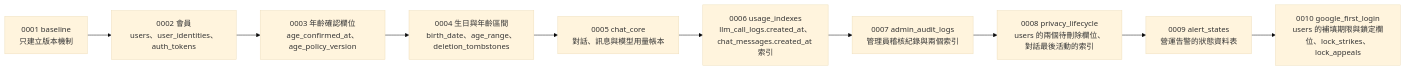
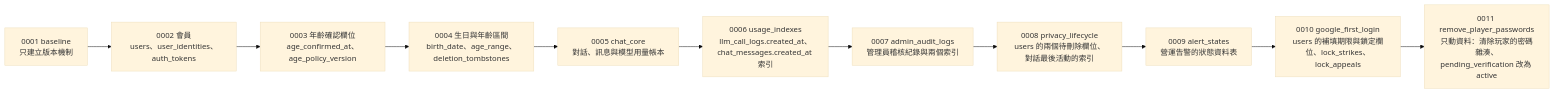
The second of 3 diagrams in docs/資料模型-data-model.md (pp466pp466/R.A.C), drawn with Mermaid (base theme) before and after one commit. The commit also changed other lines of this file and 110 other files, not shown here.

````diff
--- a/docs/資料模型-data-model.md
+++ b/docs/資料模型-data-model.md
@@ -176,12 +176,13 @@
 ```mermaid
 flowchart LR
     M1["0001 baseline<br/>只建立版本機制"] --> M2["0002 會員<br/>users、user_identities、auth_tokens"]
     M2 --> M3["0003 年齡確認欄位<br/>age_confirmed_at、age_policy_version"]
     M3 --> M4["0004 生日與年齡區間<br/>birth_date、age_range、deletion_tombstones"]
     M4 --> M5["0005 chat_core<br/>對話、訊息與模型用量帳本"]
     M5 --> M6["0006 usage_indexes<br/>llm_call_logs.created_at、chat_messages.created_at 索引"]
     M6 --> M7["0007 admin_audit_logs<br/>管理員稽核紀錄與兩個索引"]
     M7 --> M8["0008 privacy_lifecycle<br/>users 的兩個待刪除欄位、對話最後活動的索引"]
     M8 --> M9["0009 alert_states<br/>營運告警的狀態資料表"]
     M9 --> M10["0010 google_first_login<br/>users 的補填期限與鎖定欄位、lock_strikes、lock_appeals"]
+    M10 --> M11["0011 remove_player_passwords<br/>只動資料：清除玩家的密碼雜湊、pending_verification 改為 active"]
 ```
````
